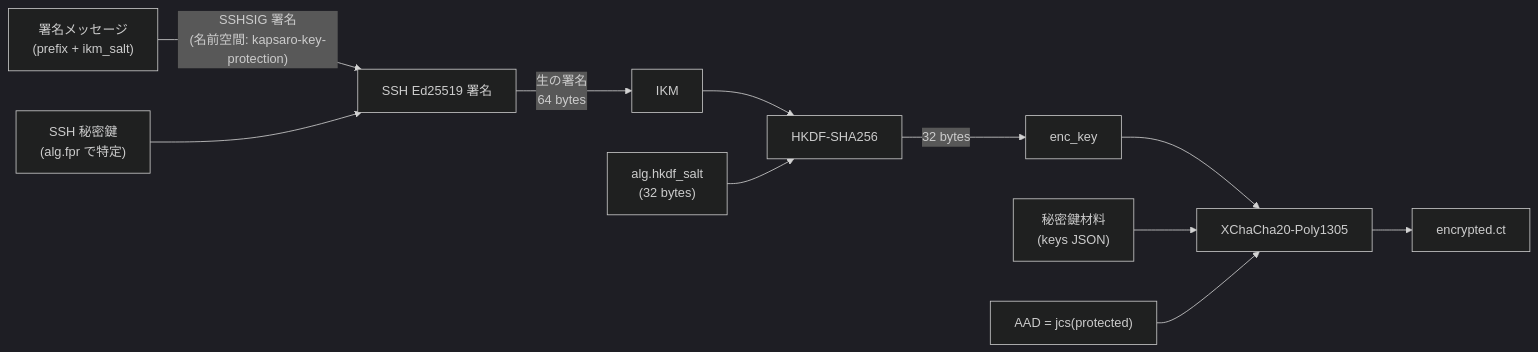
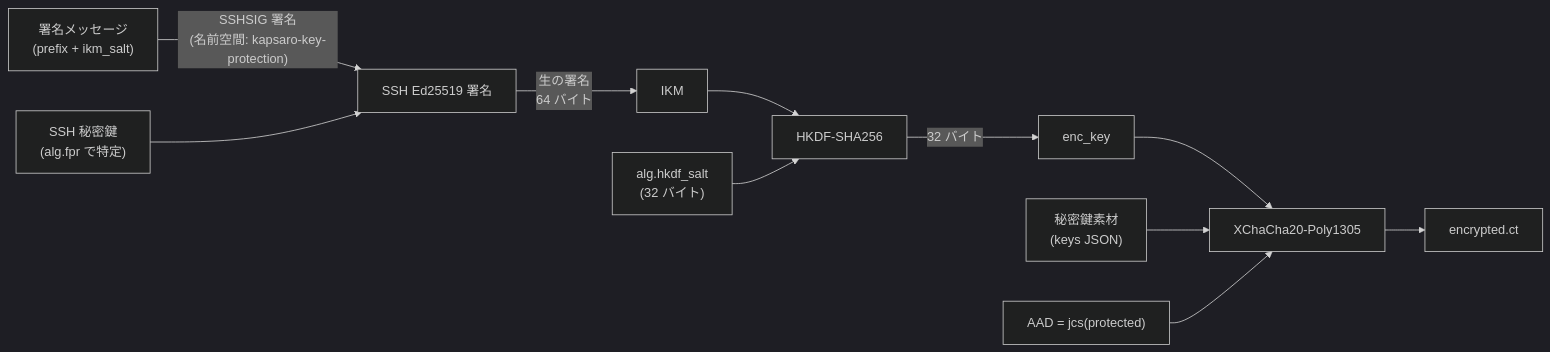
Before and after one commit to ebisawa/kapsaro: the fifth of 6 diagrams in guides/security_design_ja.md, drawn with Mermaid (dark theme). The commit also changed other lines of this file and 12 other files, not shown here.

````diff
--- a/guides/security_design_ja.md
+++ b/guides/security_design_ja.md
@@ -1162,13 +1242,13 @@
 ```mermaid
 graph LR
     Msg["署名メッセージ<br/>(prefix + ikm_salt)"] -->|"SSHSIG 署名<br/>(名前空間: kapsaro-key-protection)"| SSHSign["SSH Ed25519 署名"]
     SSHKey["SSH 秘密鍵<br/>(alg.fpr で特定)"] --> SSHSign
-    SSHSign -->|"生の署名<br/>64 bytes"| IKM["IKM"]
+    SSHSign -->|"生の署名<br/>64 バイト"| IKM["IKM"]
     IKM --> HKDF["HKDF-SHA256"]
-    Salt["alg.hkdf_salt<br/>(32 bytes)"] --> HKDF
-    HKDF -->|32 bytes| EncKey["enc_key"]
+    Salt["alg.hkdf_salt<br/>(32 バイト)"] --> HKDF
+    HKDF -->|32 バイト| EncKey["enc_key"]
     EncKey --> AEAD["XChaCha20-Poly1305"]
-    Plaintext["秘密鍵材料<br/>(keys JSON)"] --> AEAD
+    Plaintext["秘密鍵素材<br/>(keys JSON)"] --> AEAD
     AAD["AAD = jcs(protected)"] --> AEAD
     AEAD --> CT["encrypted.ct"]
 ```
````
